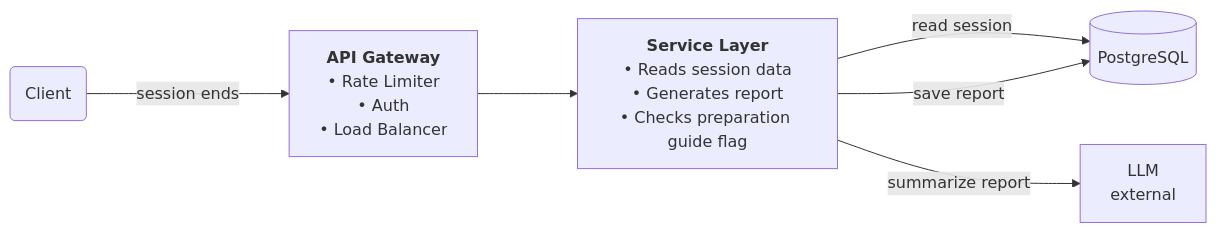
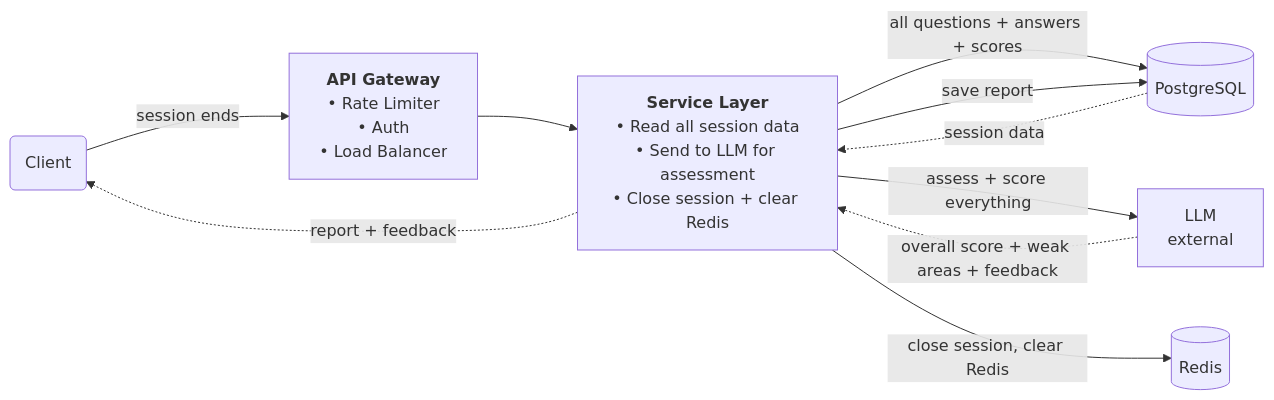
One commit to shivam-tamboli/GrillMyProject changed the fourth of 4 diagrams in SYSTEM_DESIGN.md. Above: the diagram before and after it, drawn with Mermaid. The commit also changed other lines of this file, not shown here.

Commit message:
fix diagram 4 and make response arrows dotted across all diagrams

````diff
--- a/SYSTEM_DESIGN.md
+++ b/SYSTEM_DESIGN.md
@@ -444,15 +445,20 @@
 ```mermaid
 %%{init: {'flowchart': {'nodeSpacing': 60, 'rankSpacing': 100}}}%%
 flowchart LR
     Client(Client)
     GW["<b>API Gateway</b><br/>• Rate Limiter<br/>• Auth<br/>• Load Balancer"]
-    SVC["<b>Service Layer</b><br/>• Reads session data<br/>• Generates report<br/>• Checks preparation guide flag"]
+    SVC["<b>Service Layer</b><br/>• Read all session data<br/>• Send to LLM for assessment<br/>• Close session + clear Redis"]
     LLM["LLM<br/>external"]
+    RD[(Redis)]
     PG[(PostgreSQL)]
 
     Client -->|session ends| GW
     GW --> SVC
-    SVC -->|read session| PG
-    SVC -->|summarize report| LLM
+    SVC -->|all questions + answers + scores| PG
+    PG -.->|session data| SVC
+    SVC -->|assess + score everything| LLM
+    LLM -.->|overall score + weak areas + feedback| SVC
     SVC -->|save report| PG
+    SVC -->|close session, clear Redis| RD
+    SVC -.->|report + feedback| Client
 ```
````
